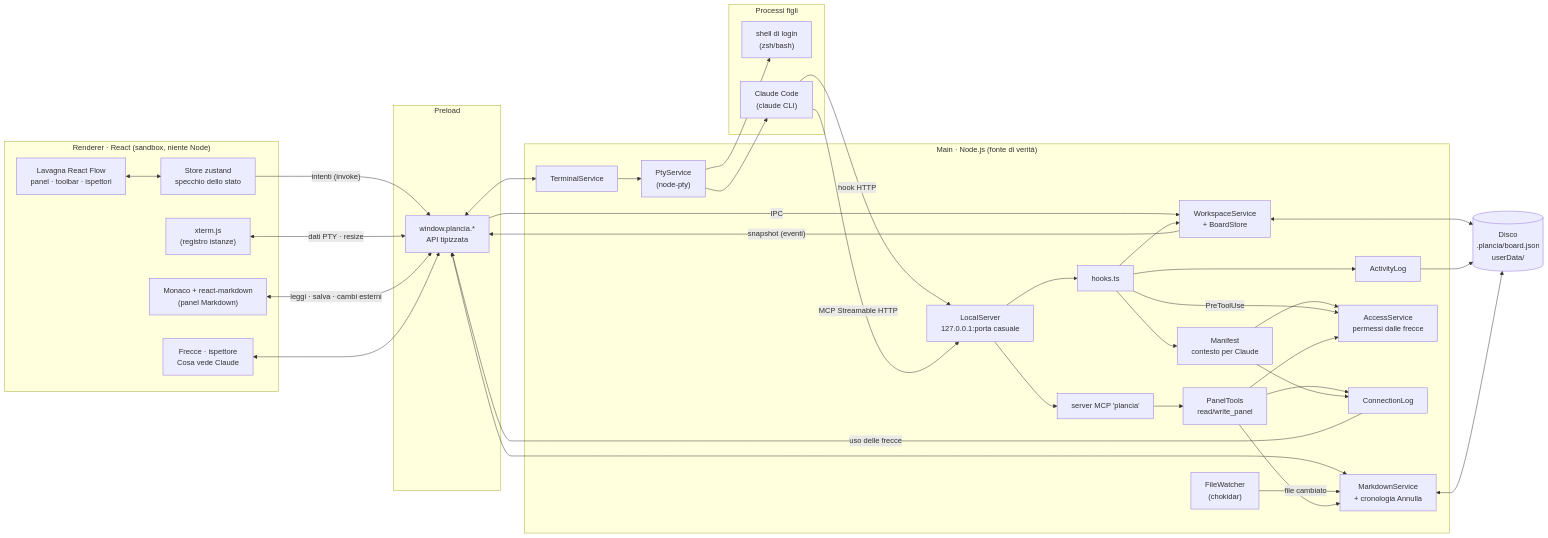
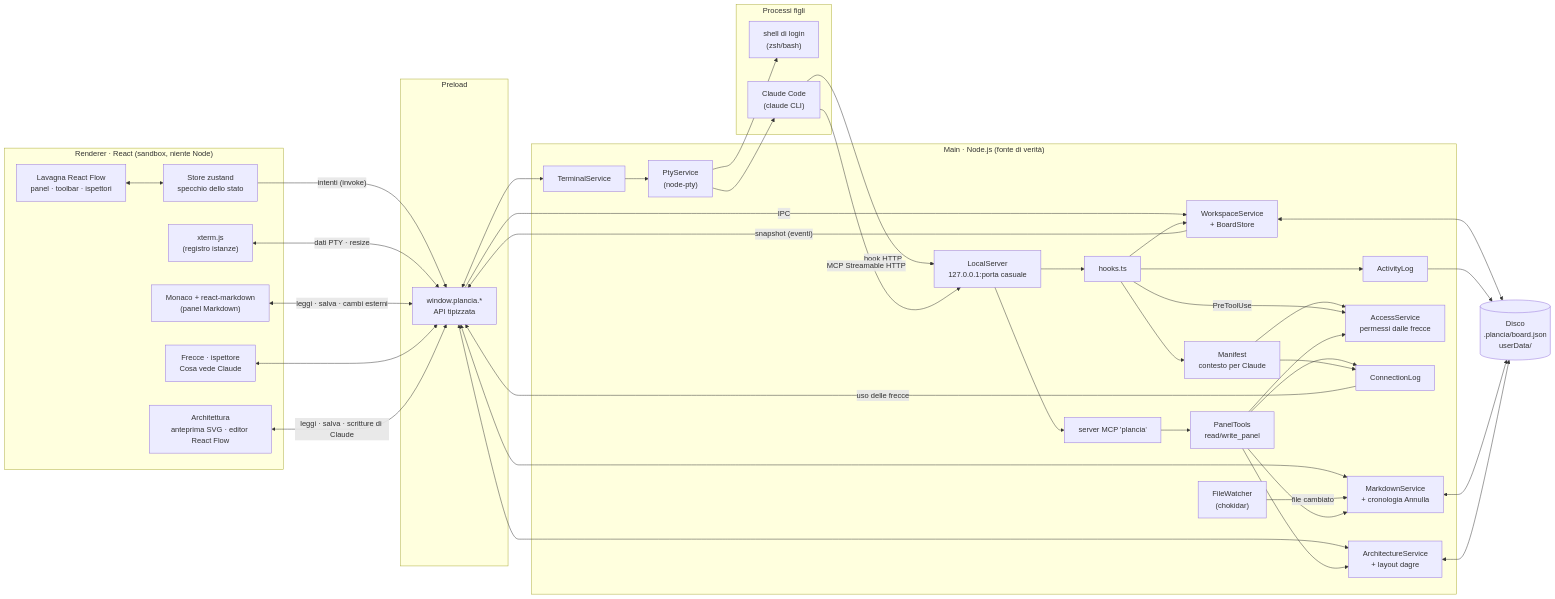
Before and after one commit to Marco-Pagnanini/OpenPlancia: the first of 15 diagrams in ARCHITECTURE.md, drawn with Mermaid. The commit also changed other lines of this file and 34 other files, not shown here.

First line of the commit message:
feat: M6 architecture panel

````diff
--- a/ARCHITECTURE.md
+++ b/ARCHITECTURE.md
@@ -12,66 +12,72 @@
 ```mermaid
 flowchart LR
   subgraph R["Renderer · React (sandbox, niente Node)"]
     UI["Lavagna React Flow<br/>panel · toolbar · ispettori"]
     ST["Store zustand<br/>specchio dello stato"]
     XT["xterm.js<br/>(registro istanze)"]
     ED["Monaco + react-markdown<br/>(panel Markdown)"]
     WR["Frecce · ispettore<br/>Cosa vede Claude"]
+    AE["Architettura<br/>anteprima SVG · editor React Flow"]
   end
 
   subgraph P["Preload"]
     API["window.plancia.*<br/>API tipizzata"]
   end
 
   subgraph M["Main · Node.js (fonte di verità)"]
     WS["WorkspaceService<br/>+ BoardStore"]
     TS["TerminalService"]
     PTY["PtyService<br/>(node-pty)"]
     SRV["LocalServer<br/>127.0.0.1:porta casuale"]
     HK["hooks.ts"]
     MCP["server MCP 'plancia'"]
     ACT["ActivityLog"]
     MD["MarkdownService<br/>+ cronologia Annulla"]
     FW["FileWatcher<br/>(chokidar)"]
     AC["AccessService<br/>permessi dalle frecce"]
     MF["Manifest<br/>contesto per Claude"]
     PT["PanelTools<br/>read/write_panel"]
     CL["ConnectionLog"]
+    AR["ArchitectureService<br/>+ layout dagre"]
   end
 
   subgraph X["Processi figli"]
     SH["shell di login<br/>(zsh/bash)"]
     CC["Claude Code<br/>(claude CLI)"]
   end
 
   DISK[("Disco<br/>.plancia/board.json<br/>userData/")]
 
   UI <--> ST
   ST -- "intenti (invoke)" --> API
   API -- "IPC" --> WS
   WS -- "snapshot (eventi)" --> API
   XT <-- "dati PTY · resize" --> API
   API <--> TS
   TS --> PTY
   PTY --> SH
   PTY --> CC
   CC -- "hook HTTP" --> SRV
   CC -- "MCP Streamable HTTP" --> SRV
   SRV --> HK --> WS
   HK --> ACT
   SRV --> MCP
   WS <--> DISK
   ACT --> DISK
   ED <-- "leggi · salva · cambi esterni" --> API
   API <--> MD
   MD <--> DISK
   FW -- "file cambiato" --> MD
   HK --> MF --> AC
   HK -- "PreToolUse" --> AC
   MCP --> PT --> AC
   PT --> MD
   PT --> CL
   MF --> CL
   CL -- "uso delle frecce" --> API
   WR <--> API
+  AE <-- "leggi · salva · scritture di Claude" --> API
+  API <--> AR
+  AR <--> DISK
+  PT --> AR
 ```
````
